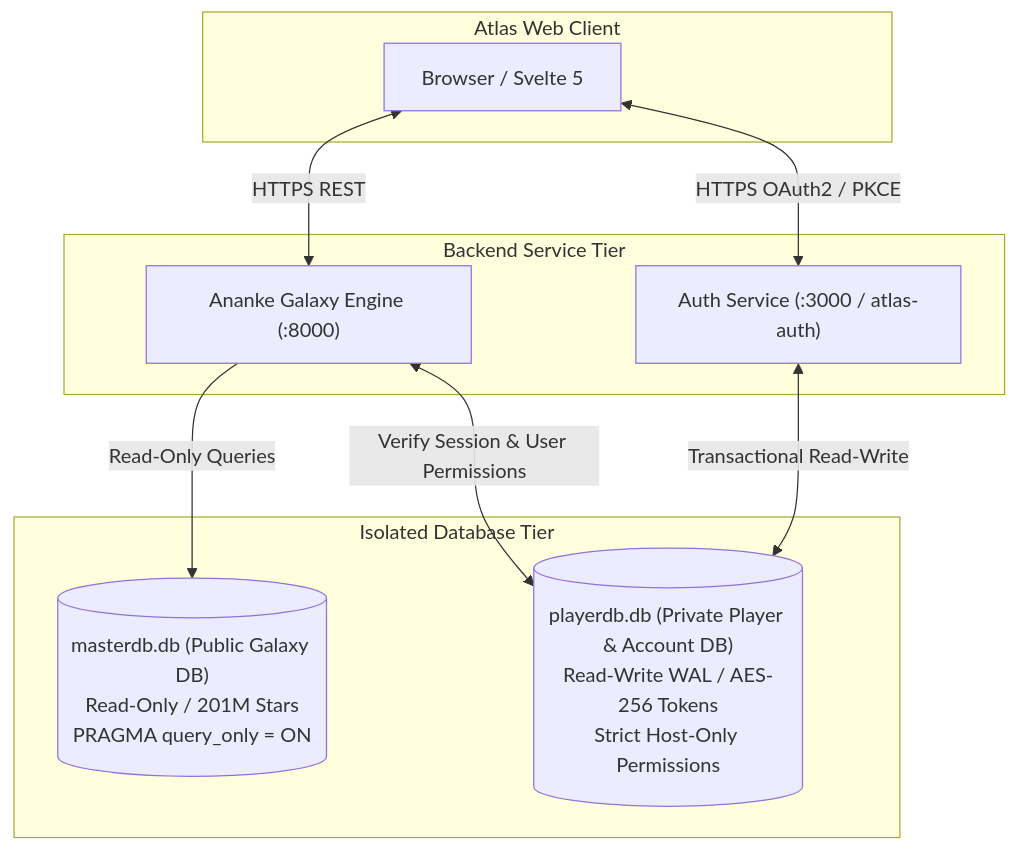
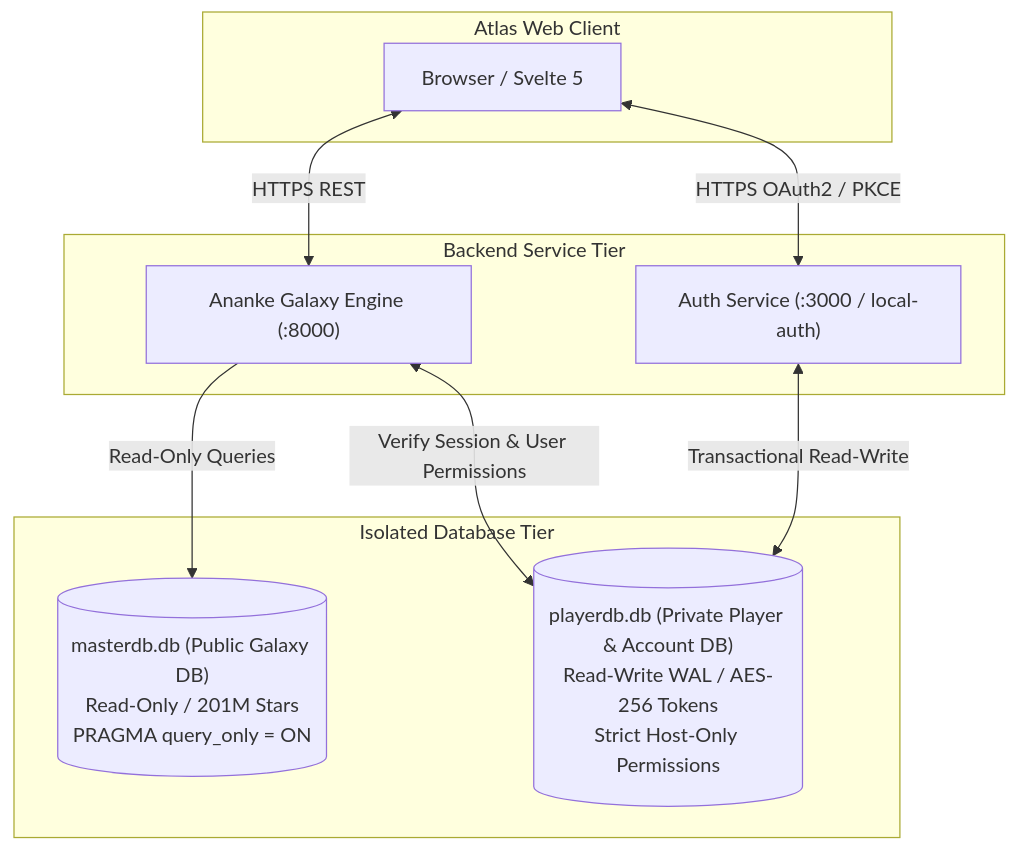
Before and after one commit to Irkyosaur/Atlas: the diagram in docs/player_account_database_architecture.md, drawn with Mermaid. The commit also changed 10 other files, not shown here.

````diff
--- a/docs/player_account_database_architecture.md
+++ b/docs/player_account_database_architecture.md
@@ -24,22 +24,22 @@
 ```mermaid
 flowchart TD
     subgraph BrowserClient ["Atlas Web Client"]
         ClientApp[Browser / Svelte 5]
     end
 
     subgraph ServiceLayer ["Backend Service Tier"]
-        AuthSvc["Auth Service (:3000 / atlas-auth)"]
+        AuthSvc["Auth Service (:3000 / local-auth)"]
         Ananke["Ananke Galaxy Engine (:8000)"]
     end
 
     subgraph DatabaseTier ["Isolated Database Tier"]
         MasterDB[("masterdb.db (Public Galaxy DB)<br>Read-Only / 201M Stars<br>PRAGMA query_only = ON")]
         PlayerDB[("playerdb.db (Private Player & Account DB)<br>Read-Write WAL / AES-256 Tokens<br>Strict Host-Only Permissions")]
     end
 
     ClientApp <-->|HTTPS REST| Ananke
     ClientApp <-->|HTTPS OAuth2 / PKCE| AuthSvc
     Ananke -->|Read-Only Queries| MasterDB
     AuthSvc <-->|Transactional Read-Write| PlayerDB
     Ananke <-->|Verify Session & User Permissions| PlayerDB
 ```
````
